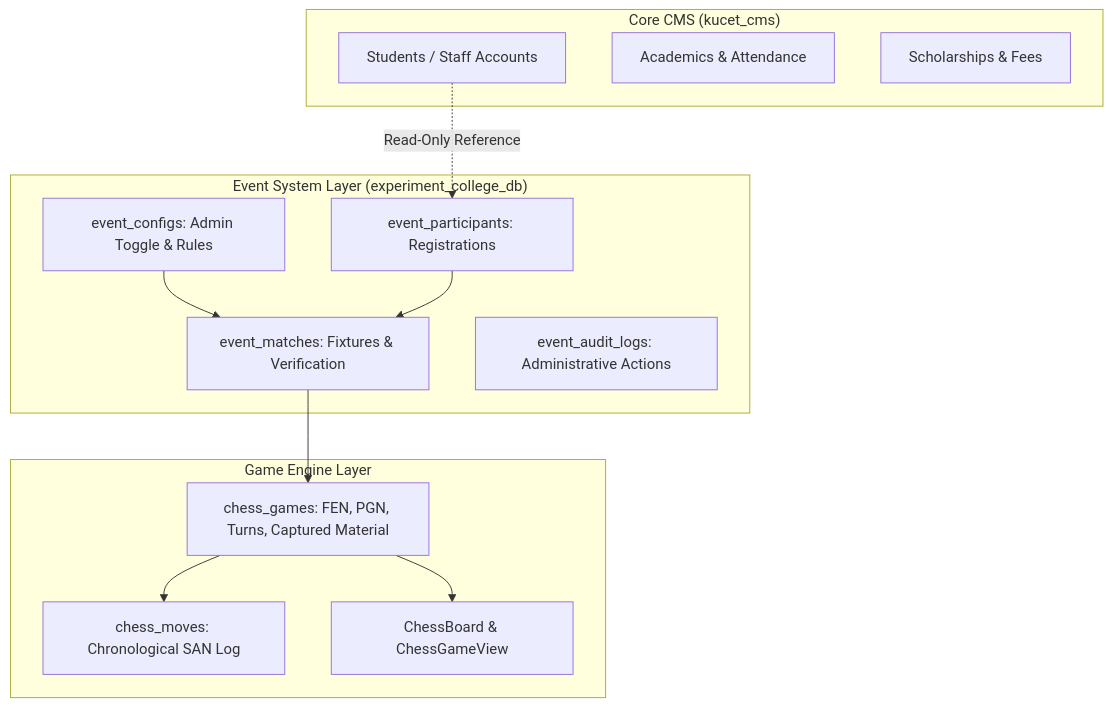
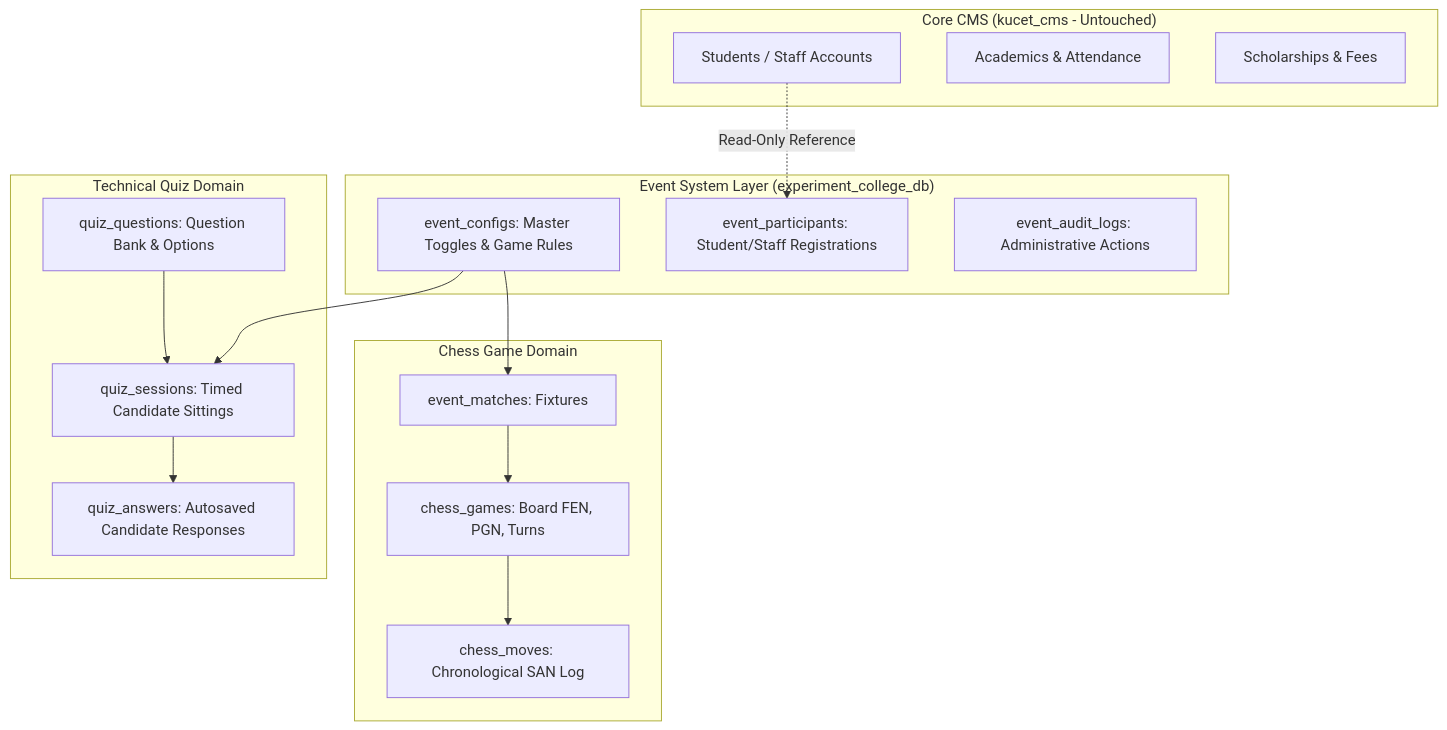
One commit to GouthamA15/KUCET_College_Management_System changed the diagram in DOCUMENTATION/MY_EVENT_GAMES.md. Above: the diagram before and after it, drawn with Mermaid. The commit also changed other lines of this file and 21 other files, not shown here.

Commit message:
feat(events): implement Technical Quiz module on MY-EVENT-TECHNICAL-QUIZ

````diff
--- a/DOCUMENTATION/MY_EVENT_GAMES.md
+++ b/DOCUMENTATION/MY_EVENT_GAMES.md
@@ -38,28 +40,34 @@
 ```mermaid
 graph TD
-    subgraph "Core CMS (kucet_cms)"
+    subgraph "Core CMS (kucet_cms - Untouched)"
         Identity[Students / Staff Accounts]
         Academic[Academics & Attendance]
         Finance[Scholarships & Fees]
     end
 
     subgraph "Event System Layer (experiment_college_db)"
-        EventConfig[event_configs: Admin Toggle & Rules]
-        Participants[event_participants: Registrations]
-        Matches[event_matches: Fixtures & Verification]
+        EventConfig[event_configs: Master Toggles & Game Rules]
+        Participants[event_participants: Student/Staff Registrations]
         Audit[event_audit_logs: Administrative Actions]
     end
 
-    subgraph "Game Engine Layer"
-        ChessGame[chess_games: FEN, PGN, Turns, Captured Material]
+    subgraph "Chess Game Domain"
+        Matches[event_matches: Fixtures]
+        ChessGame[chess_games: Board FEN, PGN, Turns]
         ChessMoves[chess_moves: Chronological SAN Log]
-        ChessUI[ChessBoard & ChessGameView]
+    end
+
+    subgraph "Technical Quiz Domain"
+        QuizQuestions[quiz_questions: Question Bank & Options]
+        QuizSessions[quiz_sessions: Timed Candidate Sittings]
+        QuizAnswers[quiz_answers: Autosaved Candidate Responses]
     end
 
     Identity -. Read-Only Reference .-> Participants
     EventConfig --> Matches
-    Participants --> Matches
+    EventConfig --> QuizSessions
     Matches --> ChessGame
     ChessGame --> ChessMoves
-    ChessGame --> ChessUI
+    QuizQuestions --> QuizSessions
+    QuizSessions --> QuizAnswers
 ```
````
